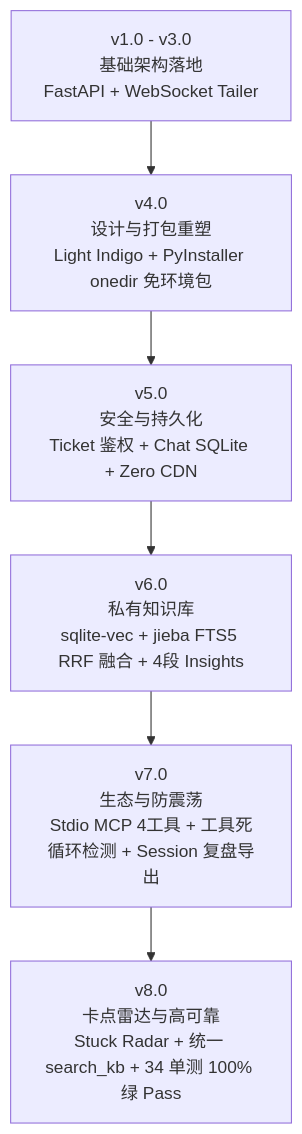
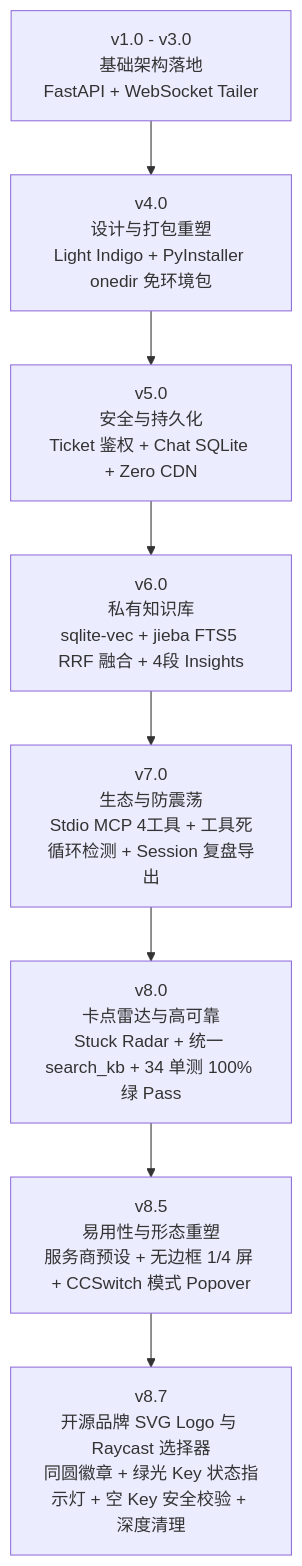
One commit to 3ZEROS12/Gabriel changed the diagram in docs/DEVELOPMENT_ROADMAP.md. Above: the diagram before and after it, drawn with Mermaid. The commit also changed other lines of this file and 58 other files, not shown here.

Commit message:
feat(v8.7): Add open-source SVG brand logos, Raycast circular provider selector, key status badges & empty key test validation

````diff
--- a/docs/DEVELOPMENT_ROADMAP.md
+++ b/docs/DEVELOPMENT_ROADMAP.md
@@ -30,8 +32,10 @@
 ```mermaid
 flowchart TD
     V1_3["v1.0 - v3.0<br/>基础架构落地<br/>FastAPI + WebSocket Tailer"] --> V4["v4.0<br/>设计与打包重塑<br/>Light Indigo + PyInstaller onedir 免环境包"]
     V4 --> V5["v5.0<br/>安全与持久化<br/>Ticket 鉴权 + Chat SQLite + Zero CDN"]
     V5 --> V6["v6.0<br/>私有知识库<br/>sqlite-vec + jieba FTS5 RRF 融合 + 4段 Insights"]
     V6 --> V7["v7.0<br/>生态与防震荡<br/>Stdio MCP 4工具 + 工具死循环检测 + Session 复盘导出"]
     V7 --> V8["v8.0<br/>卡点雷达与高可靠<br/>Stuck Radar + 统一 search_kb + 34 单测 100% 绿 Pass"]
+    V8 --> V8_5["v8.5<br/>易用性与形态重塑<br/>服务商预设 + 无边框 1/4 屏 + CCSwitch 模式 Popover"]
+    V8_5 --> V8_7["v8.7<br/>开源品牌 SVG Logo 与 Raycast 选择器<br/>同圆徽章 + 绿光 Key 状态指示灯 + 空 Key 安全校验 + 深度清理"]
 ```
````
